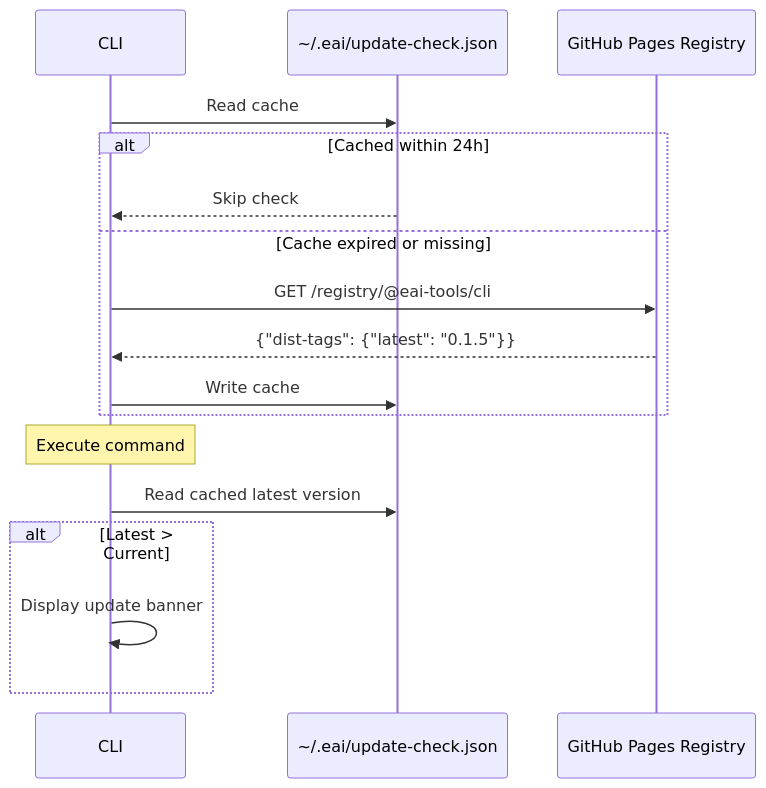
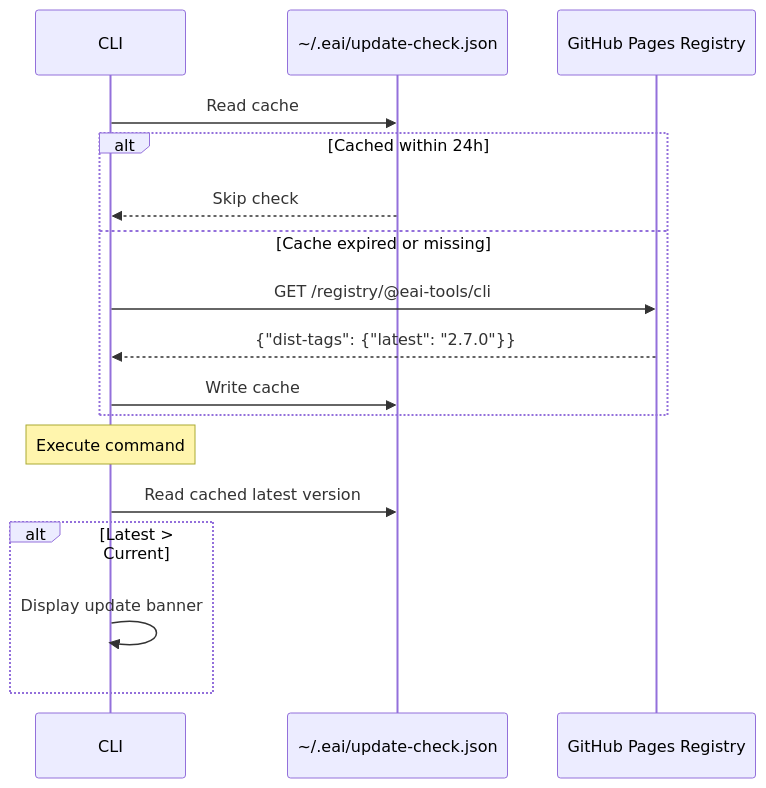
Before and after one commit to eai-support/eai: the fifth of 5 diagrams in .tech-docs/architecture.md, drawn with Mermaid. The commit also changed other lines of this file and 9 other files, not shown here.

````diff
--- a/.tech-docs/architecture.md
+++ b/.tech-docs/architecture.md
@@ -246,22 +392,22 @@
 ```mermaid
 sequenceDiagram
     participant CLI
     participant Cache as ~/.eai/update-check.json
     participant Registry as GitHub Pages Registry
 
     CLI->>Cache: Read cache
     alt Cached within 24h
         Cache-->>CLI: Skip check
     else Cache expired or missing
         CLI->>Registry: GET /registry/@eai-tools/cli
-        Registry-->>CLI: {"dist-tags": {"latest": "0.1.5"}}
+        Registry-->>CLI: {"dist-tags": {"latest": "2.7.0"}}
         CLI->>Cache: Write cache
     end
 
     Note over CLI: Execute command
 
     CLI->>Cache: Read cached latest version
     alt Latest > Current
         CLI->>CLI: Display update banner
     end
 ```
````
